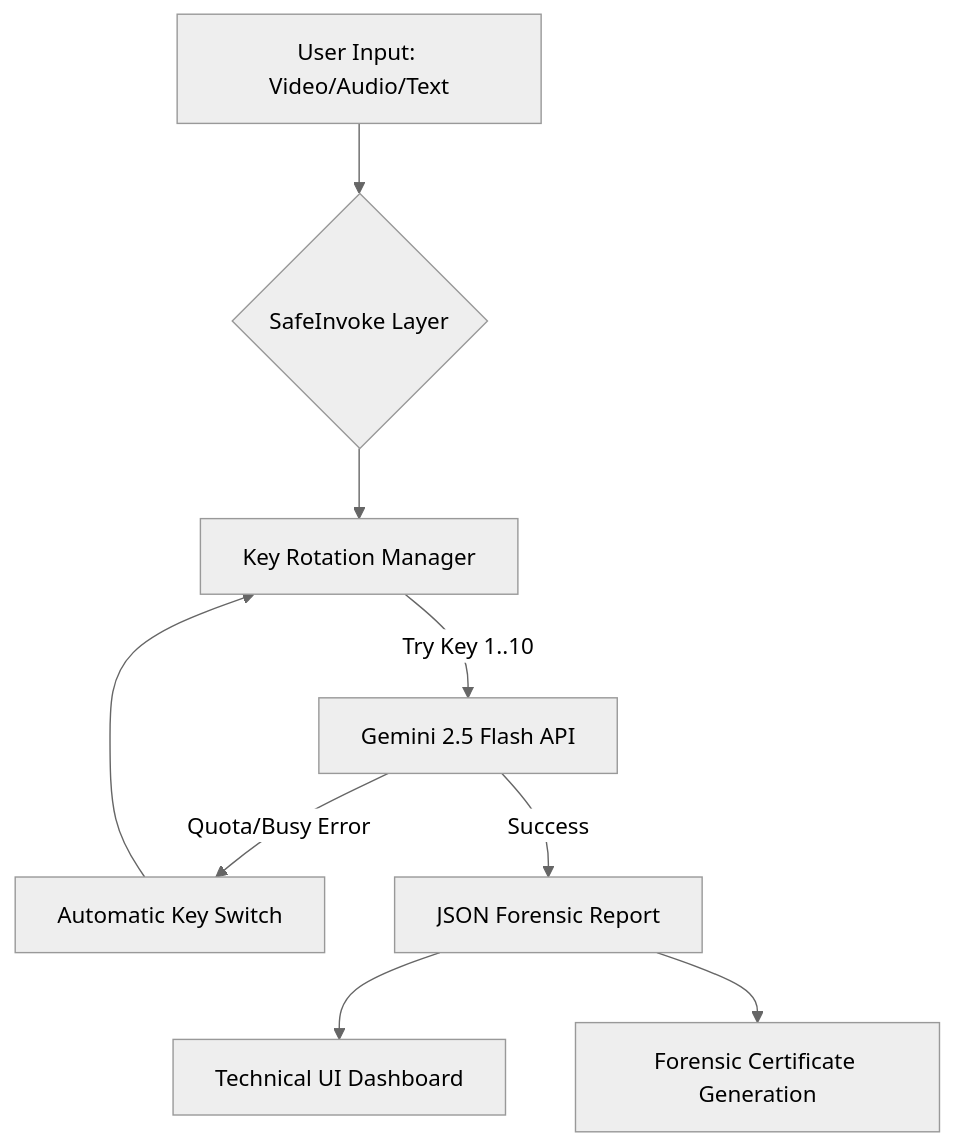
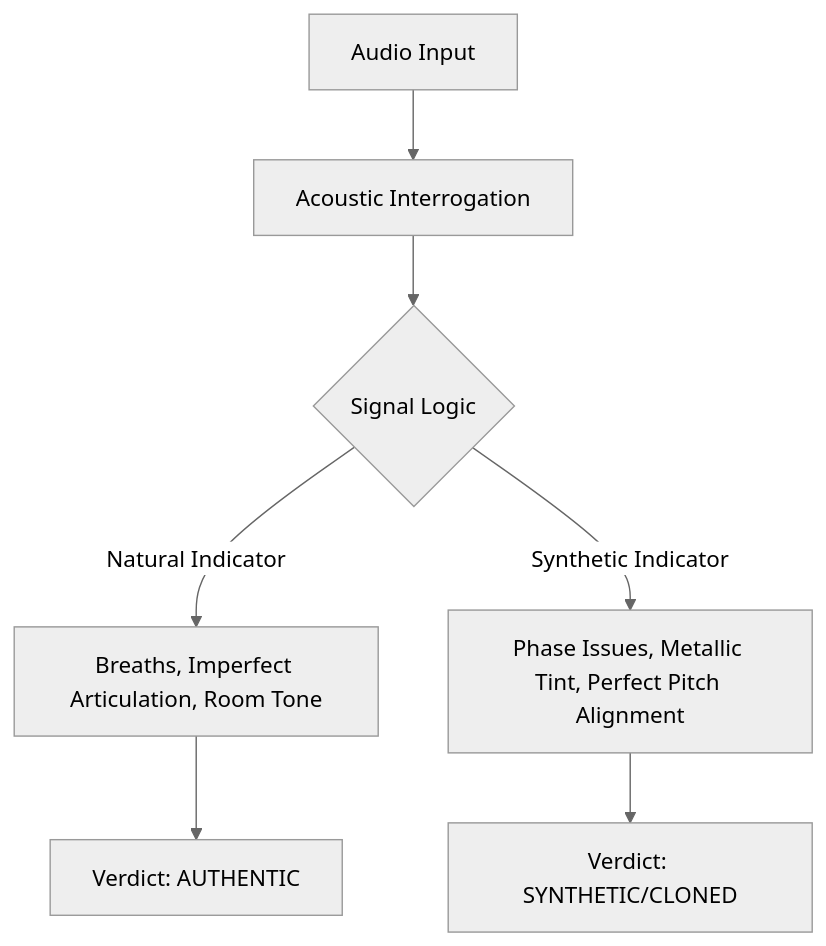
Before and after one commit to jiviteshreddy44-netizen/proofyyy: the third of 3 diagrams in README.md, drawn with Mermaid (neutral theme). The commit also changed other lines of this file, not shown here.

Commit message:
Update README: Deep technical explanation of forensic flows and removal of rotation talk

````diff
--- a/README.md
+++ b/README.md
@@ -16,11 +58,9 @@
 ```mermaid
 graph TD
-    A[User Input: Video/Audio/Text] --> B{SafeInvoke Layer}
-    B --> C[Key Rotation Manager]
-    C -->|Try Key 1..10| D[Gemini 2.5 Flash API]
-    D -->|Quota/Busy Error| E[Automatic Key Switch]
-    E --> C
-    D -->|Success| F[JSON Forensic Report]
-    F --> G[Technical UI Dashboard]
-    F --> H[Forensic Certificate Generation]
+    A[Audio Input] --> B[Acoustic Interrogation]
+    B --> C{Signal Logic}
+    C -->|Natural Indicator| D[Breaths, Imperfect Articulation, Room Tone]
+    C -->|Synthetic Indicator| E[Phase Issues, Metallic Tint, Perfect Pitch Alignment]
+    D --> F[Verdict: AUTHENTIC]
+    E --> G[Verdict: SYNTHETIC/CLONED]
 ```
````
